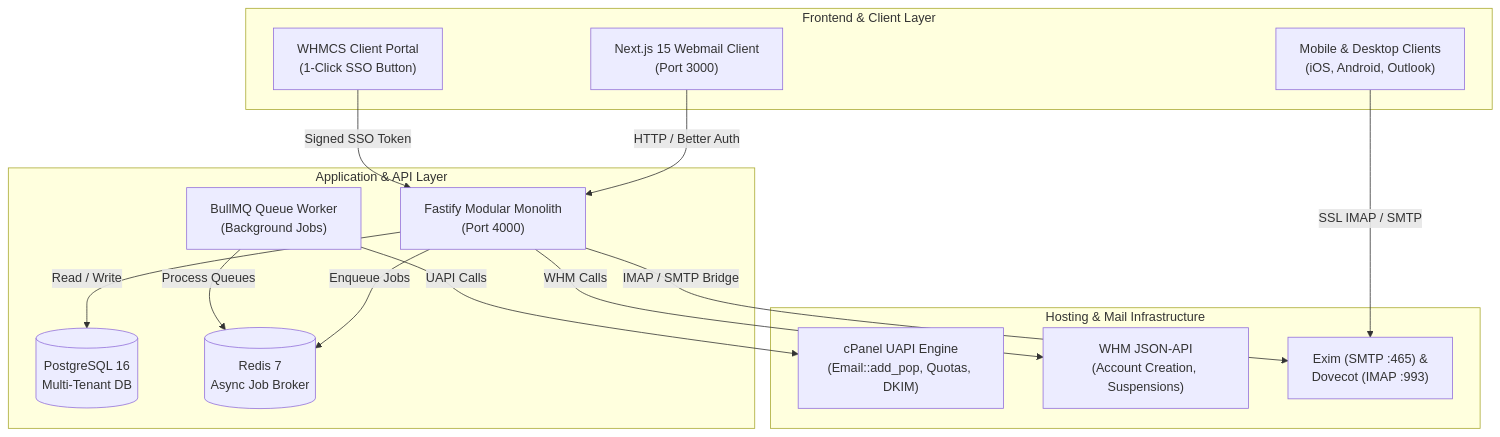
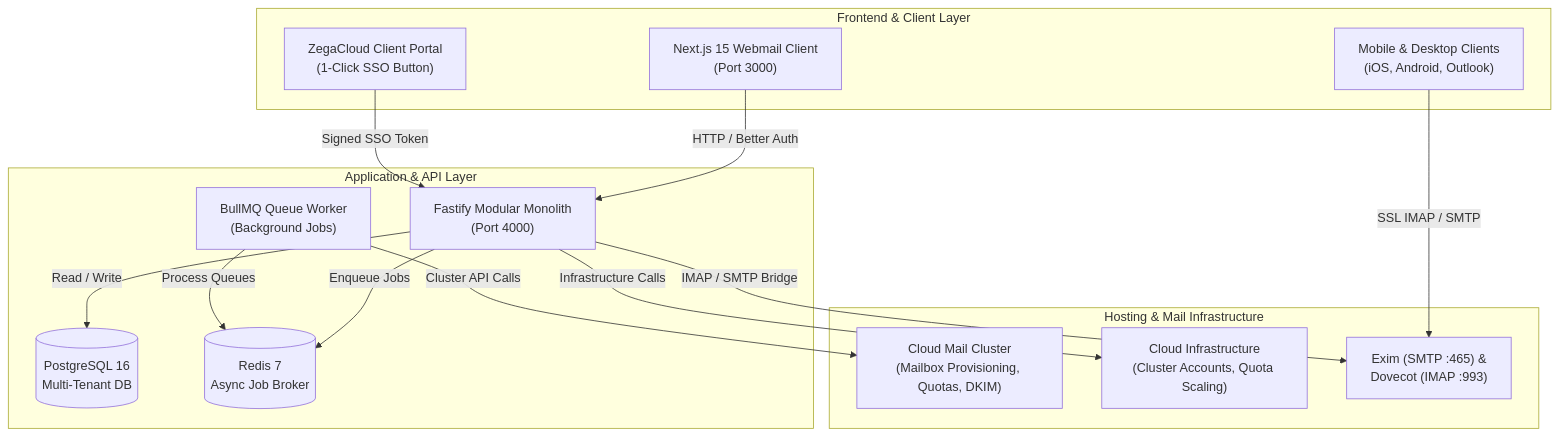
The diagram in README.md (eliazarwonder-afk/email-service-application), drawn with Mermaid before and after one commit. The commit also changed other lines of this file and 15 other files, not shown here.

Commit message:
fix(branding): restore complete settings UI, default ROI calculator to Naira (₦), and sanitize all cPanel/WHMCS mentions

````diff
--- a/README.md
+++ b/README.md
@@ -45,31 +44,31 @@
 ```mermaid
 flowchart TB
     subgraph ClientLayer["Frontend & Client Layer"]
         Browser["Next.js 15 Webmail Client<br/>(Port 3000)"]
         Mobile["Mobile & Desktop Clients<br/>(iOS, Android, Outlook)"]
-        WHMCSClient["WHMCS Client Portal<br/>(1-Click SSO Button)"]
+        PortalClient["ZegaCloud Client Portal<br/>(1-Click SSO Button)"]
     end
 
     subgraph ServiceLayer["Application & API Layer"]
         API["Fastify Modular Monolith<br/>(Port 4000)"]
         Worker["BullMQ Queue Worker<br/>(Background Jobs)"]
         DB[("PostgreSQL 16<br/>Multi-Tenant DB")]
         Redis[("Redis 7<br/>Async Job Broker")]
     end
 
     subgraph InfraLayer["Hosting & Mail Infrastructure"]
-        cPanel["cPanel UAPI Engine<br/>(Email::add_pop, Quotas, DKIM)"]
-        WHM["WHM JSON-API<br/>(Account Creation, Suspensions)"]
+        MailCluster["Cloud Mail Cluster<br/>(Mailbox Provisioning, Quotas, DKIM)"]
+        HostCluster["Cloud Infrastructure<br/>(Cluster Accounts, Quota Scaling)"]
         EximDovecot["Exim (SMTP :465) &<br/>Dovecot (IMAP :993)"]
     end
 
     Browser -->|HTTP / Better Auth| API
-    WHMCSClient -->|Signed SSO Token| API
+    PortalClient -->|Signed SSO Token| API
     Mobile -->|SSL IMAP / SMTP| EximDovecot
     API -->|Read / Write| DB
     API -->|Enqueue Jobs| Redis
     Worker -->|Process Queues| Redis
-    Worker -->|UAPI Calls| cPanel
-    API -->|WHM Calls| WHM
+    Worker -->|Cluster API Calls| MailCluster
+    API -->|Infrastructure Calls| HostCluster
     API -->|IMAP / SMTP Bridge| EximDovecot
 ```
````
